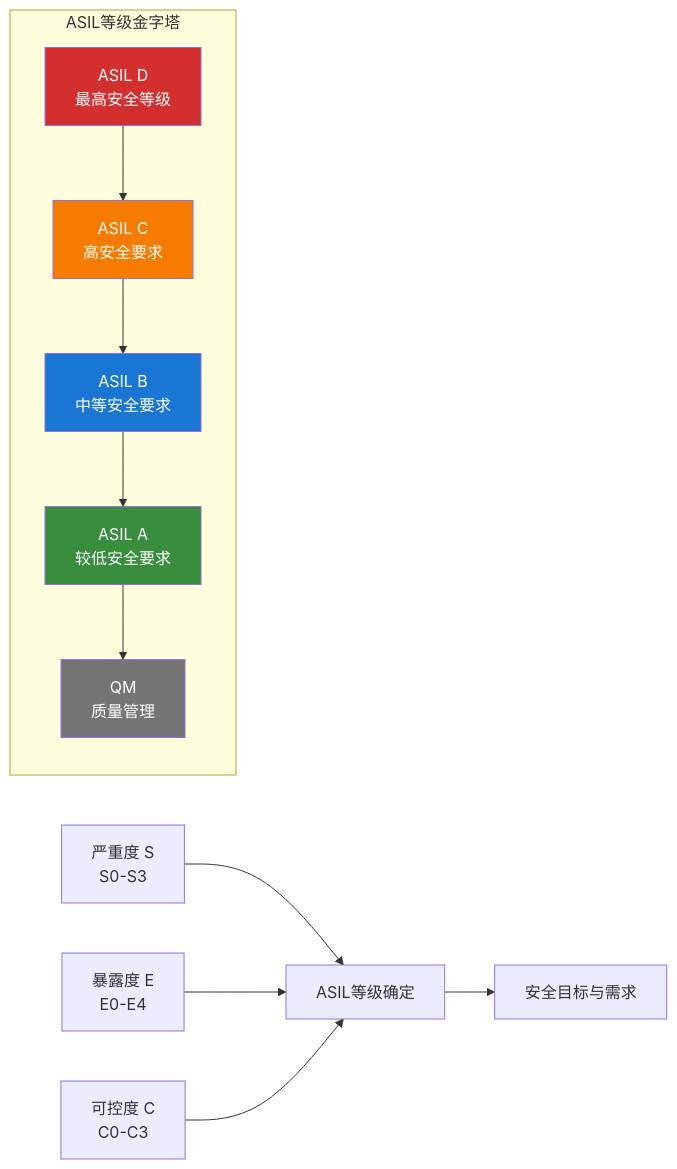
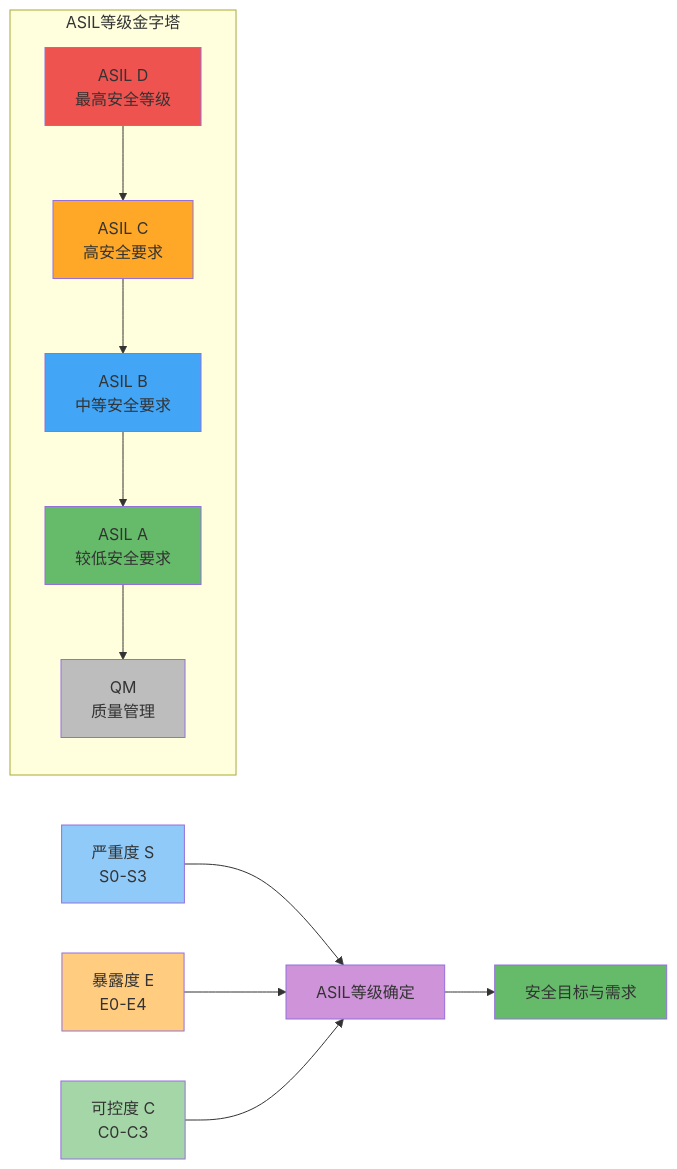
The fifth of 8 diagrams in content/posts/2026-01-16-automotive-risk-analysis-overview.md (s-ai-unix/blog), drawn with Mermaid before and after one commit. The commit also changed other lines of this file and 3 other files, not shown here.

````diff
--- a/content/posts/2026-01-16-automotive-risk-analysis-overview.md
+++ b/content/posts/2026-01-16-automotive-risk-analysis-overview.md
@@ -376,23 +376,28 @@
 ```mermaid
 graph LR
     subgraph ASIL等级金字塔
         D[ASIL D<br>最高安全等级]
-        C[ASIL C<br>高安全要求]
+        CC[ASIL C<br>高安全要求]
         B[ASIL B<br>中等安全要求]
         A[ASIL A<br>较低安全要求]
         QM[QM<br>质量管理]
 
-        D --> C --> B --> A --> QM
+        D --> CC --> B --> A --> QM
     end
 
     S[严重度 S<br>S0-S3] --> ASIL[ASIL等级确定]
     E[暴露度 E<br>E0-E4] --> ASIL
-    C2[可控度 C<br>C0-C3] --> ASIL
+    Cont[可控度 C<br>C0-C3] --> ASIL
     ASIL --> RESULT[安全目标与需求]
 
-    style D fill:#d32f2f,color:#fff
-    style C fill:#f57c00,color:#fff
-    style B fill:#1976d2,color:#fff
-    style A fill:#388e3c,color:#fff
-    style QM fill:#757575,color:#fff
+    style D fill:#ef5350
+    style CC fill:#ffa726
+    style B fill:#42a5f5
+    style A fill:#66bb6a
+    style QM fill:#bdbdbd
+    style S fill:#90caf9
+    style E fill:#ffcc80
+    style Cont fill:#a5d6a7
+    style ASIL fill:#ce93d8
+    style RESULT fill:#66bb6a
 ```
````
